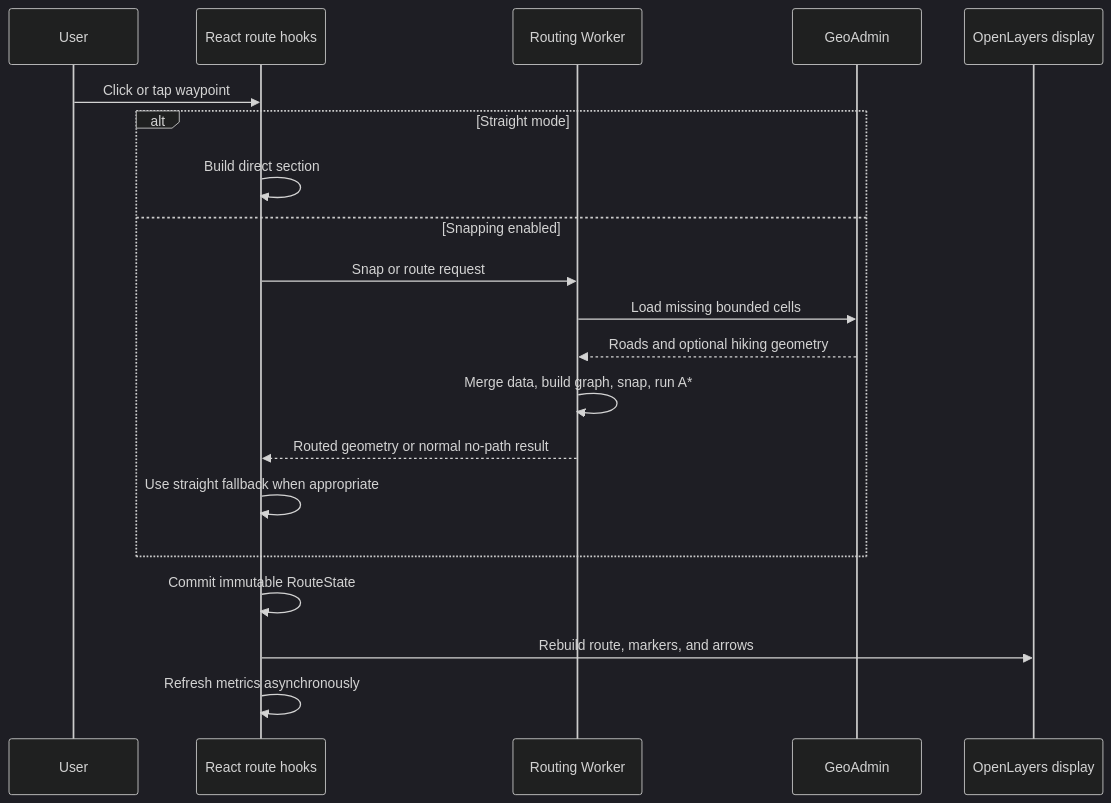
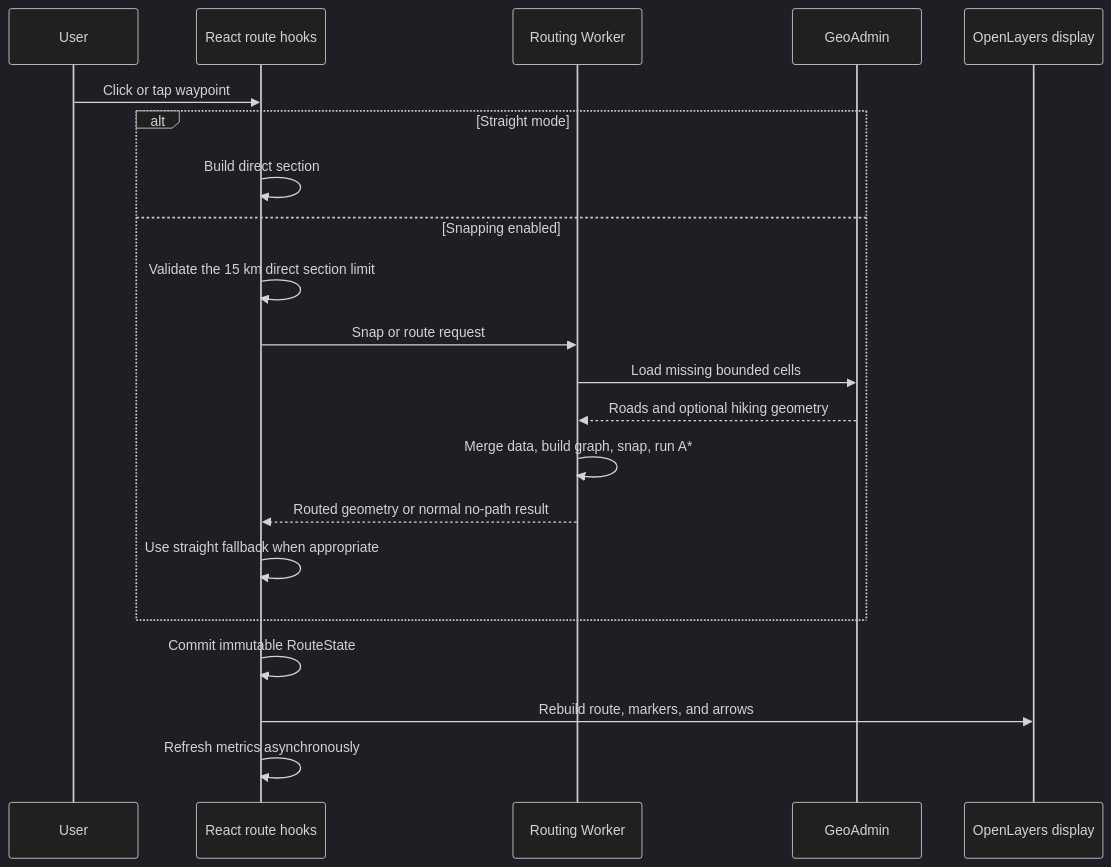
One commit to egofree71/via-helvetica changed the fourth of 5 diagrams in docs/ARCHITECTURE.md. Above: the diagram before and after it, drawn with Mermaid (dark theme). The commit also changed other lines of this file and 11 other files, not shown here.

````diff
--- a/docs/ARCHITECTURE.md
+++ b/docs/ARCHITECTURE.md
@@ -345,23 +345,24 @@
 ```mermaid
 sequenceDiagram
     participant User
     participant UI as React route hooks
     participant Worker as Routing Worker
     participant GeoAdmin
     participant Map as OpenLayers display
 
     User->>UI: Click or tap waypoint
     alt Straight mode
         UI->>UI: Build direct section
     else Snapping enabled
+        UI->>UI: Validate the 15 km direct section limit
         UI->>Worker: Snap or route request
         Worker->>GeoAdmin: Load missing bounded cells
         GeoAdmin-->>Worker: Roads and optional hiking geometry
         Worker->>Worker: Merge data, build graph, snap, run A*
         Worker-->>UI: Routed geometry or normal no-path result
         UI->>UI: Use straight fallback when appropriate
     end
     UI->>UI: Commit immutable RouteState
     UI->>Map: Rebuild route, markers, and arrows
     UI->>UI: Refresh metrics asynchronously
 ```
````
